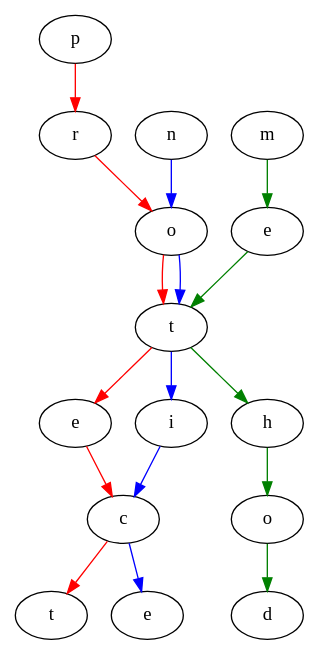
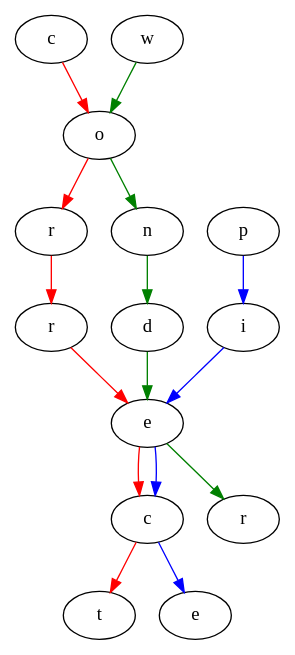
The diagram in generate_boards/Digraph.gv (MaxMcF/SwitchWords), drawn with Graphviz before and after one commit. The commit also changed 3 other files, not shown here.

```diff
--- a/generate_boards/Digraph.gv
+++ b/generate_boards/Digraph.gv
@@ -1,37 +1,35 @@
 digraph {
-	"p.2babff8c-4ed1-433f-a3f4-30cfb5a6cf2c" [label=p]
-	"r.9cd3d6d8-0f0f-4d4e-a512-73d08574cb0a" [label=r]
-	"o.8ebd07e2-f591-42c8-ae9e-358195033492" [label=o]
-	"t.d70544d1-a491-4af4-a09b-9de91169c6f6" [label=t]
-	"e.2ef2ef64-fda5-4be7-8ee5-a99f3777d328" [label=e]
-	"c.ce40181d-9def-466b-a134-09330453eaca" [label=c]
-	"t.7d56e37c-c5f3-4225-b323-28c1332df83b" [label=t]
-	"p.2babff8c-4ed1-433f-a3f4-30cfb5a6cf2c" -> "r.9cd3d6d8-0f0f-4d4e-a512-73d08574cb0a" [color=red]
-	"r.9cd3d6d8-0f0f-4d4e-a512-73d08574cb0a" -> "o.8ebd07e2-f591-42c8-ae9e-358195033492" [color=red]
-	"o.8ebd07e2-f591-42c8-ae9e-358195033492" -> "t.d70544d1-a491-4af4-a09b-9de91169c6f6" [color=red]
-	"t.d70544d1-a491-4af4-a09b-9de91169c6f6" -> "e.2ef2ef64-fda5-4be7-8ee5-a99f3777d328" [color=red]
-	"e.2ef2ef64-fda5-4be7-8ee5-a99f3777d328" -> "c.ce40181d-9def-466b-a134-09330453eaca" [color=red]
-	"c.ce40181d-9def-466b-a134-09330453eaca" -> "t.7d56e37c-c5f3-4225-b323-28c1332df83b" [color=red]
-	"n.2211fafc-3cc9-481e-974f-6bb3bb7d25b0" [label=n]
-	"o.8ebd07e2-f591-42c8-ae9e-358195033492" [label=o]
-	"t.d70544d1-a491-4af4-a09b-9de91169c6f6" [label=t]
-	"i.61fe0fc1-eb14-40d5-92b8-1d4ca495c164" [label=i]
-	"c.ce40181d-9def-466b-a134-09330453eaca" [label=c]
-	"e.ef32170c-9f02-4e1e-970e-c5f604729718" [label=e]
-	"n.2211fafc-3cc9-481e-974f-6bb3bb7d25b0" -> "o.8ebd07e2-f591-42c8-ae9e-358195033492" [color=blue]
-	"o.8ebd07e2-f591-42c8-ae9e-358195033492" -> "t.d70544d1-a491-4af4-a09b-9de91169c6f6" [color=blue]
-	"t.d70544d1-a491-4af4-a09b-9de91169c6f6" -> "i.61fe0fc1-eb14-40d5-92b8-1d4ca495c164" [color=blue]
-	"i.61fe0fc1-eb14-40d5-92b8-1d4ca495c164" -> "c.ce40181d-9def-466b-a134-09330453eaca" [color=blue]
-	"c.ce40181d-9def-466b-a134-09330453eaca" -> "e.ef32170c-9f02-4e1e-970e-c5f604729718" [color=blue]
-	"m.5c91ae81-d28b-41d8-936b-9f0d684a1daa" [label=m]
-	"e.7e773b6d-84c1-4cc6-a083-cf48ce6bc115" [label=e]
-	"t.d70544d1-a491-4af4-a09b-9de91169c6f6" [label=t]
-	"h.002b2f50-fbcf-4d30-8c79-da7e23e59215" [label=h]
-	"o.4f9584f7-89ea-402f-883e-7b2133478239" [label=o]
-	"d.f43bffc4-27dd-47c7-8297-bc47d1b95ae2" [label=d]
-	"m.5c91ae81-d28b-41d8-936b-9f0d684a1daa" -> "e.7e773b6d-84c1-4cc6-a083-cf48ce6bc115" [color=green]
-	"e.7e773b6d-84c1-4cc6-a083-cf48ce6bc115" -> "t.d70544d1-a491-4af4-a09b-9de91169c6f6" [color=green]
-	"t.d70544d1-a491-4af4-a09b-9de91169c6f6" -> "h.002b2f50-fbcf-4d30-8c79-da7e23e59215" [color=green]
-	"h.002b2f50-fbcf-4d30-8c79-da7e23e59215" -> "o.4f9584f7-89ea-402f-883e-7b2133478239" [color=green]
-	"o.4f9584f7-89ea-402f-883e-7b2133478239" -> "d.f43bffc4-27dd-47c7-8297-bc47d1b95ae2" [color=green]
+	"c.a94aa447-4631-4d91-a078-b80f2ec21a9c" [label=c]
+	"o.db177d8e-3cf4-4e8c-8023-016a7ab269c9" [label=o]
+	"r.ca4af6cc-b1bc-4283-88be-fd1113e9d3c7" [label=r]
+	"r.4be05abc-5faf-46a9-a6c8-fe3fe1df8d4d" [label=r]
+	"e.24f025b6-8067-4d75-840d-851cdb6d9307" [label=e]
+	"c.a38530ea-ed0f-4f14-aa30-8a587fb360ef" [label=c]
+	"t.47f79e48-8621-49c5-a699-eb57141b8e4a" [label=t]
+	"c.a94aa447-4631-4d91-a078-b80f2ec21a9c" -> "o.db177d8e-3cf4-4e8c-8023-016a7ab269c9" [color=red]
+	"o.db177d8e-3cf4-4e8c-8023-016a7ab269c9" -> "r.ca4af6cc-b1bc-4283-88be-fd1113e9d3c7" [color=red]
+	"r.ca4af6cc-b1bc-4283-88be-fd1113e9d3c7" -> "r.4be05abc-5faf-46a9-a6c8-fe3fe1df8d4d" [color=red]
+	"r.4be05abc-5faf-46a9-a6c8-fe3fe1df8d4d" -> "e.24f025b6-8067-4d75-840d-851cdb6d9307" [color=red]
+	"e.24f025b6-8067-4d75-840d-851cdb6d9307" -> "c.a38530ea-ed0f-4f14-aa30-8a587fb360ef" [color=red]
+	"c.a38530ea-ed0f-4f14-aa30-8a587fb360ef" -> "t.47f79e48-8621-49c5-a699-eb57141b8e4a" [color=red]
+	"p.b0ee84e0-2495-4465-99ba-223a37bc65d3" [label=p]
+	"i.1dba173d-8dd7-434a-94a7-231f7c683614" [label=i]
+	"e.24f025b6-8067-4d75-840d-851cdb6d9307" [label=e]
+	"c.a38530ea-ed0f-4f14-aa30-8a587fb360ef" [label=c]
+	"e.779abad6-012b-49c8-a9b8-8d066bb9cc03" [label=e]
+	"p.b0ee84e0-2495-4465-99ba-223a37bc65d3" -> "i.1dba173d-8dd7-434a-94a7-231f7c683614" [color=blue]
+	"i.1dba173d-8dd7-434a-94a7-231f7c683614" -> "e.24f025b6-8067-4d75-840d-851cdb6d9307" [color=blue]
+	"e.24f025b6-8067-4d75-840d-851cdb6d9307" -> "c.a38530ea-ed0f-4f14-aa30-8a587fb360ef" [color=blue]
+	"c.a38530ea-ed0f-4f14-aa30-8a587fb360ef" -> "e.779abad6-012b-49c8-a9b8-8d066bb9cc03" [color=blue]
+	"w.718dcd15-4354-482c-82fb-417b1f5bb3fb" [label=w]
+	"o.db177d8e-3cf4-4e8c-8023-016a7ab269c9" [label=o]
+	"n.de133797-3267-4b71-ab41-ed4ac433a927" [label=n]
+	"d.89e7e875-c929-4ff1-9b5b-ae9b91ec76cd" [label=d]
+	"e.24f025b6-8067-4d75-840d-851cdb6d9307" [label=e]
+	"r.4a784a30-87ec-4074-bdd9-50972aabd5b0" [label=r]
+	"w.718dcd15-4354-482c-82fb-417b1f5bb3fb" -> "o.db177d8e-3cf4-4e8c-8023-016a7ab269c9" [color=green]
+	"o.db177d8e-3cf4-4e8c-8023-016a7ab269c9" -> "n.de133797-3267-4b71-ab41-ed4ac433a927" [color=green]
+	"n.de133797-3267-4b71-ab41-ed4ac433a927" -> "d.89e7e875-c929-4ff1-9b5b-ae9b91ec76cd" [color=green]
+	"d.89e7e875-c929-4ff1-9b5b-ae9b91ec76cd" -> "e.24f025b6-8067-4d75-840d-851cdb6d9307" [color=green]
+	"e.24f025b6-8067-4d75-840d-851cdb6d9307" -> "r.4a784a30-87ec-4074-bdd9-50972aabd5b0" [color=green]
 }
```
